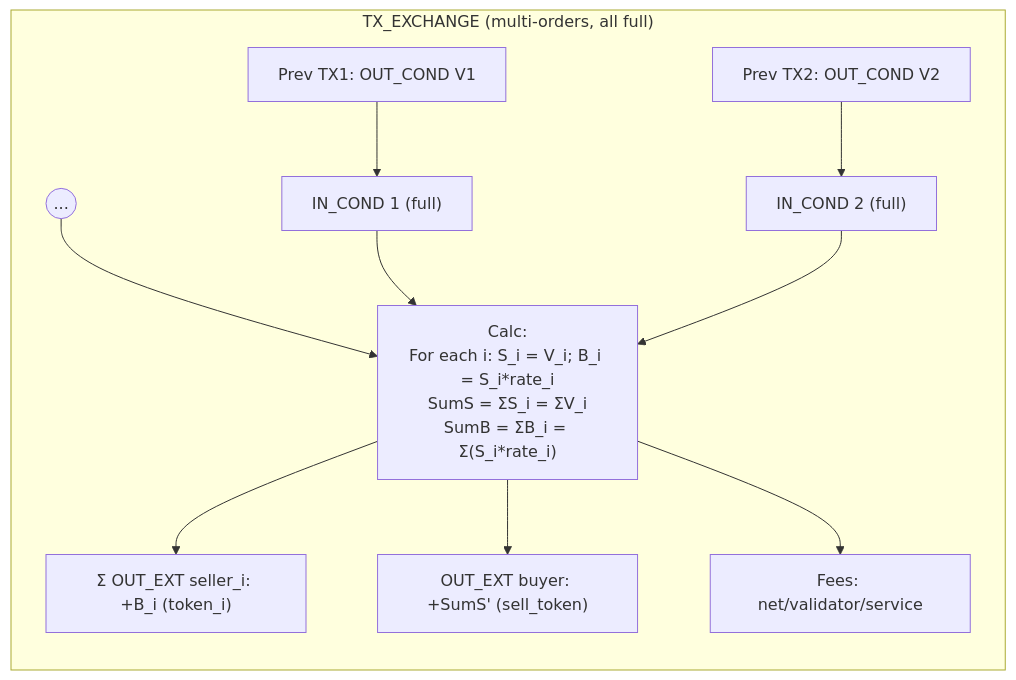
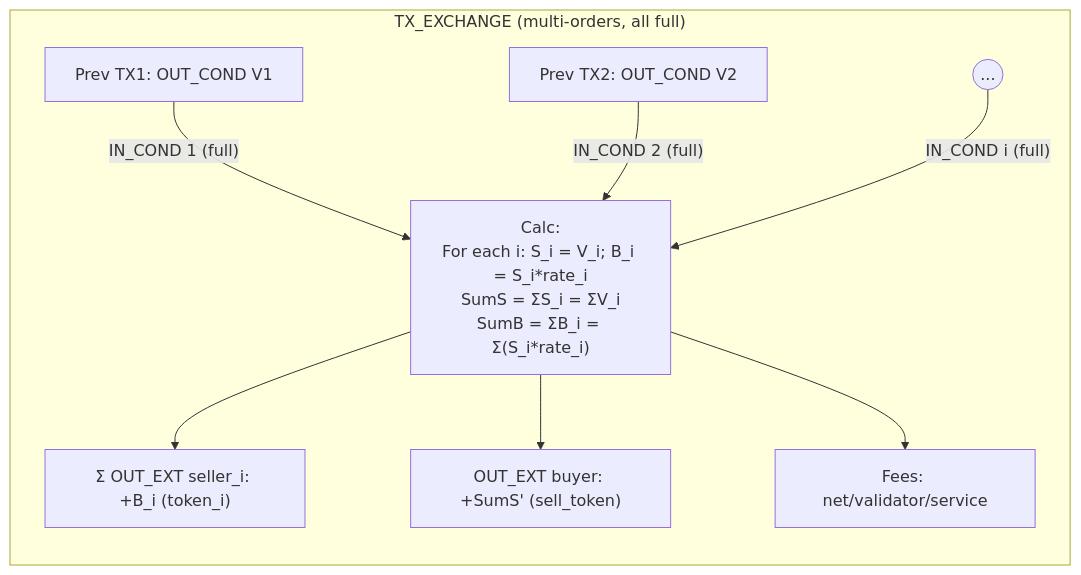
The fifth of 8 diagrams in modules/service/dex/docs/11_DIAGRAMS.md (demlabs-cellframe/cellframe-sdk), drawn with Mermaid before and after one commit. The commit also changed other lines of this file, not shown here.

````diff
--- a/modules/service/dex/docs/11_DIAGRAMS.md
+++ b/modules/service/dex/docs/11_DIAGRAMS.md
@@ -177,24 +162,20 @@
 ```mermaid
 flowchart LR
 
 subgraph EX_MULTI_ALL_FULL["TX_EXCHANGE (multi-orders, all full)"]
   direction TB
   PREV1["Prev TX1: OUT_COND V1"]
   PREV2["Prev TX2: OUT_COND V2"]
   DOTS(("..."))
-  IN1["IN_COND 1 (full)"]
-  IN2["IN_COND 2 (full)"]
   CALC["Calc:<br/>For each i: S_i = V_i; B_i = S_i*rate_i<br/>SumS = ΣS_i = ΣV_i<br/>SumB = ΣB_i = Σ(S_i*rate_i)"]
   OUT_PAY_SELLERS["Σ OUT_EXT seller_i: +B_i (token_i)"]
   OUT_PAY_BUYER["OUT_EXT buyer: +SumS' (sell_token)"]
   FEES["Fees: net/validator/service"]
-  PREV1 --> IN1
-  PREV2 --> IN2
-  DOTS --> CALC
-  IN1 --> CALC
-  IN2 --> CALC
+  PREV1 -- "IN_COND 1 (full)" --> CALC
+  PREV2 -- "IN_COND 2 (full)" --> CALC
+  DOTS -- "IN_COND i (full)" --> CALC
   CALC --> OUT_PAY_SELLERS
   CALC --> OUT_PAY_BUYER
   CALC --> FEES
 end
 ```
````
